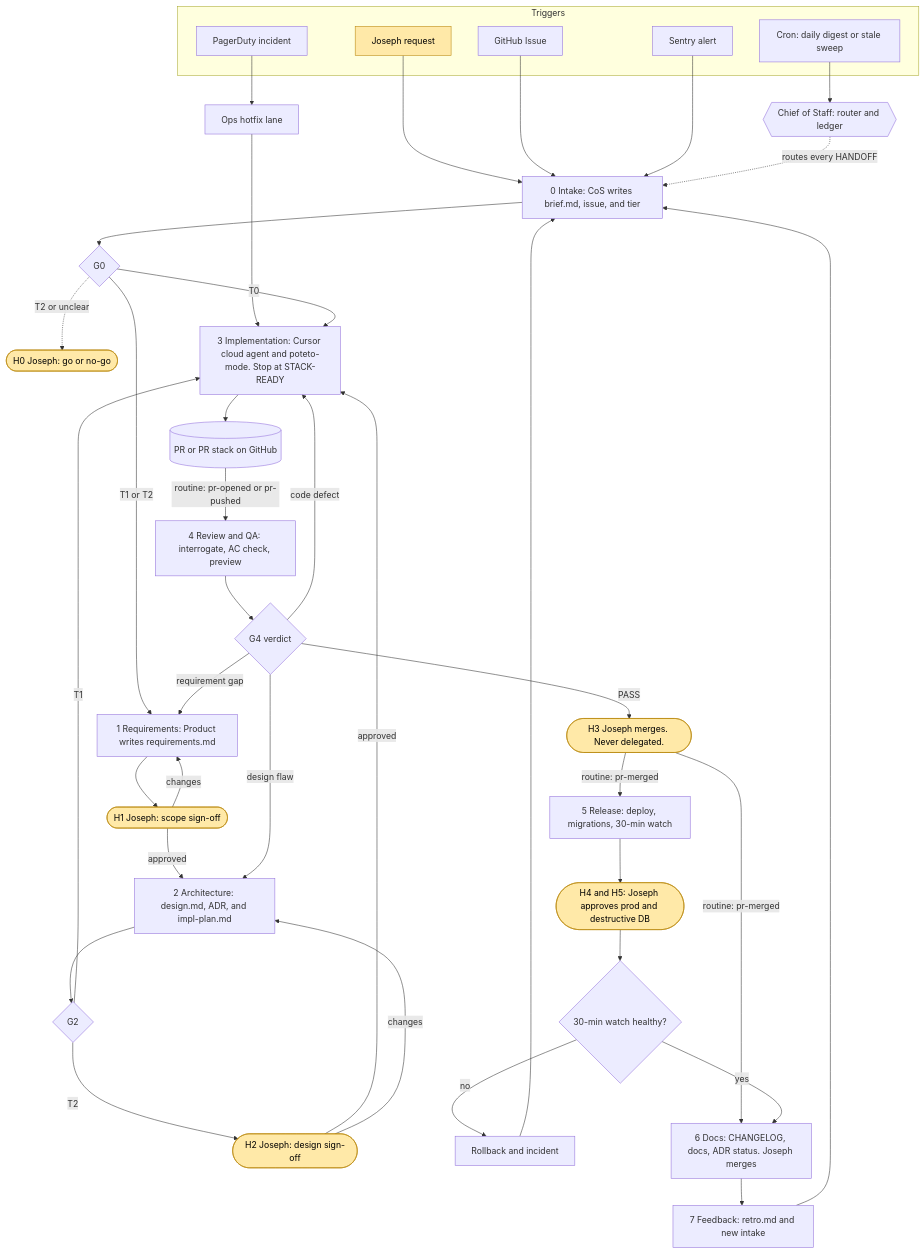
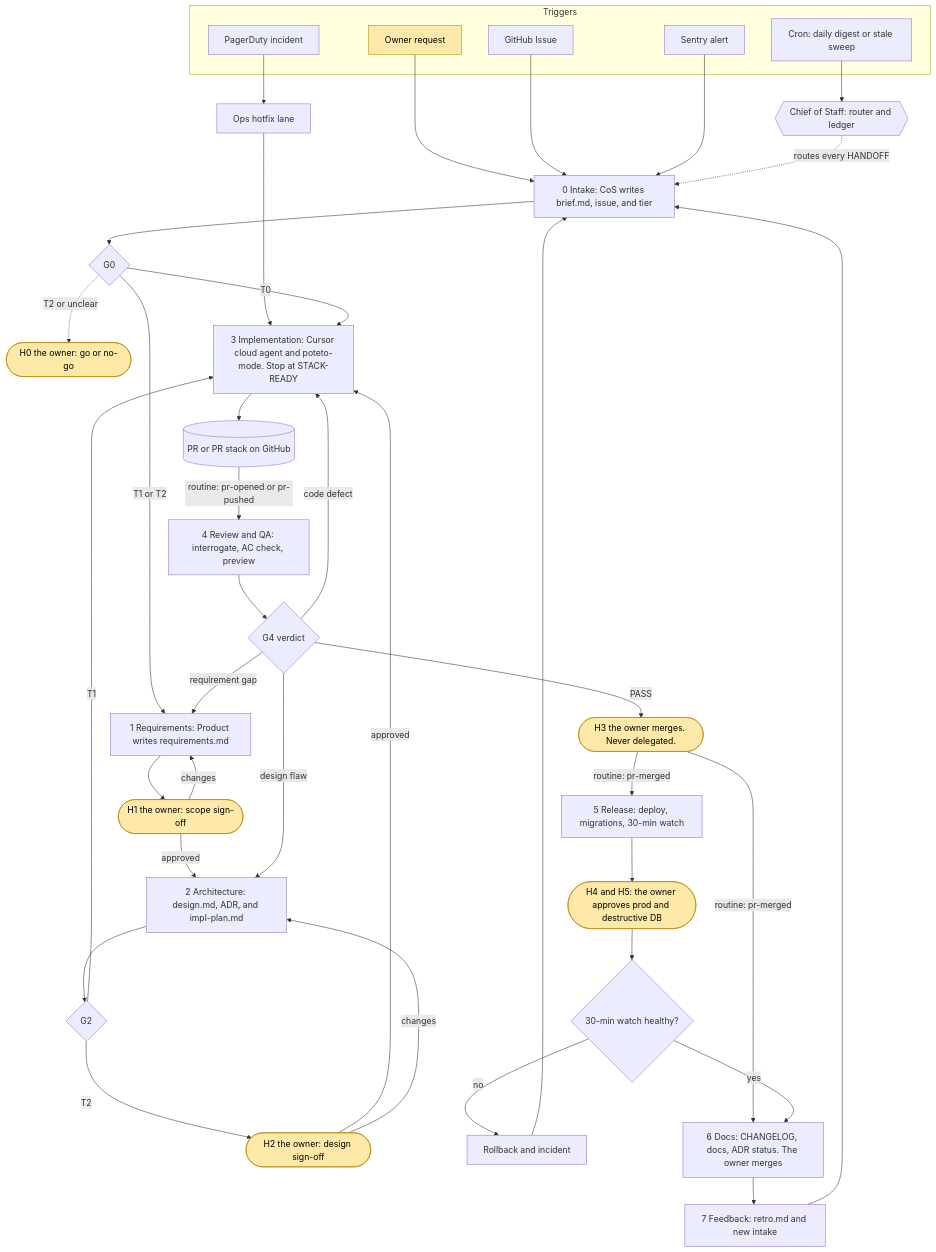
Before and after one commit to JPassalacqua97/SDLC-Playbook: the diagram in docs/sdlc/SDLC_PIPELINE.md, drawn with Mermaid. The commit also changed other lines of this file and 26 other files, not shown here.

````diff
--- a/docs/sdlc/SDLC_PIPELINE.md
+++ b/docs/sdlc/SDLC_PIPELINE.md
@@ -71,75 +76,75 @@
 ```mermaid
 flowchart TD
     subgraph triggers [Triggers]
-        J["Joseph request"]:::human
+        J["Owner request"]:::human
         GH["GitHub Issue"]
         SEN["Sentry alert"]
         PD["PagerDuty incident"]
         CRON["Cron: daily digest or stale sweep"]
     end
 
     COS{{"Chief of Staff: router and ledger"}}
     OPS_HOT["Ops hotfix lane"]
     S0["0 Intake: CoS writes brief.md, issue, and tier"]
     G0{"G0"}
-    H0(["H0 Joseph: go or no-go"]):::human
+    H0(["H0 the owner: go or no-go"]):::human
     S1["1 Requirements: Product writes requirements.md"]
-    H1(["H1 Joseph: scope sign-off"]):::human
+    H1(["H1 the owner: scope sign-off"]):::human
     S2["2 Architecture: design.md, ADR, and impl-plan.md"]
     G2{"G2"}
-    H2(["H2 Joseph: design sign-off"]):::human
+    H2(["H2 the owner: design sign-off"]):::human
     S3["3 Implementation: Cursor cloud agent and poteto-mode. Stop at STACK-READY"]
     PR[("PR or PR stack on GitHub")]
     S4["4 Review and QA: interrogate, AC check, preview"]
     G4{"G4 verdict"}
-    H3(["H3 Joseph merges. Never delegated."]):::human
+    H3(["H3 the owner merges. Never delegated."]):::human
     S5["5 Release: deploy, migrations, 30-min watch"]
-    H4(["H4 and H5: Joseph approves prod and destructive DB"]):::human
+    H4(["H4 and H5: the owner approves prod and destructive DB"]):::human
     WATCH{"30-min watch healthy?"}
     RB["Rollback and incident"]
-    S6["6 Docs: CHANGELOG, docs, ADR status. Joseph merges"]
+    S6["6 Docs: CHANGELOG, docs, ADR status. The owner merges"]
     S7["7 Feedback: retro.md and new intake"]
 
     J --> S0
     GH --> S0
     SEN --> S0
     PD --> OPS_HOT
     CRON --> COS
     OPS_HOT --> S3
     COS -.->|"routes every HANDOFF"| S0
 
     S0 --> G0
     G0 -->|T0| S3
     G0 -->|"T1 or T2"| S1
     G0 -.->|"T2 or unclear"| H0
 
     S1 --> H1
     H1 -->|approved| S2
     H1 -->|changes| S1
 
     S2 --> G2
     G2 -->|T2| H2
     G2 -->|T1| S3
     H2 -->|approved| S3
     H2 -->|changes| S2
 
     S3 --> PR
     PR -->|"routine: pr-opened or pr-pushed"| S4
     S4 --> G4
     G4 -->|"code defect"| S3
     G4 -->|"design flaw"| S2
     G4 -->|"requirement gap"| S1
     G4 -->|PASS| H3
 
     H3 -->|"routine: pr-merged"| S5
     H3 -->|"routine: pr-merged"| S6
     S5 --> H4
     H4 --> WATCH
     WATCH -->|no| RB
     RB --> S0
     WATCH -->|yes| S6
     S6 --> S7
     S7 --> S0
 
     classDef human fill:#ffe9a8,stroke:#b8860b,color:#000
 ```
````
